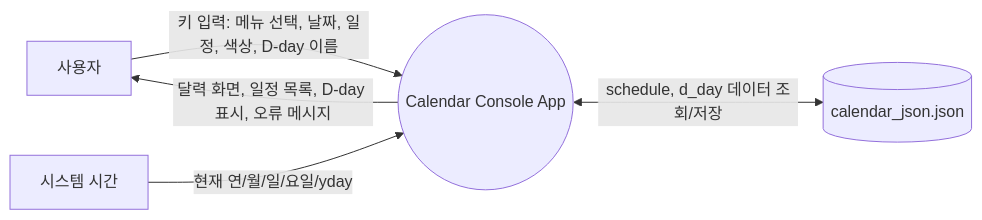
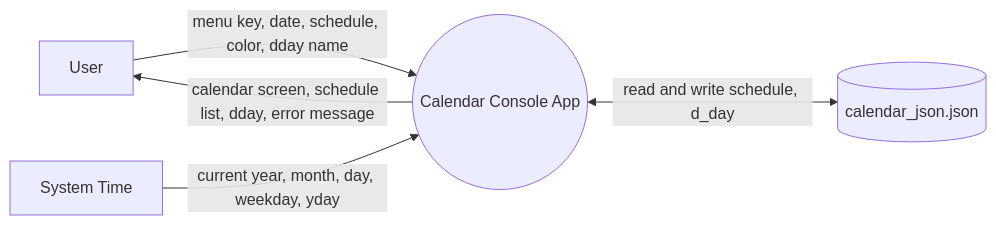
One commit to JY0102/Calendar changed the first of 5 diagrams in architecture/dfd.md. Above: the diagram before and after it, drawn with Mermaid. The commit also changed other lines of this file and 1 other file, not shown here.

````diff
--- a/architecture/dfd.md
+++ b/architecture/dfd.md
@@ -11,12 +7,12 @@
 ```mermaid
 flowchart LR
-    User[사용자]
-    Time[시스템 시간]
-    App((Calendar Console App))
-    Json[(calendar_json.json)]
+    User["User"]
+    Time["System Time"]
+    App(("Calendar Console App"))
+    Json[("calendar_json.json")]
 
-    User -->|키 입력: 메뉴 선택, 날짜, 일정, 색상, D-day 이름| App
-    Time -->|현재 연/월/일/요일/yday| App
-    App -->|달력 화면, 일정 목록, D-day 표시, 오류 메시지| User
-    App <-->|schedule, d_day 데이터 조회/저장| Json
+    User -->|"menu key, date, schedule, color, dday name"| App
+    Time -->|"current year, month, day, weekday, yday"| App
+    App -->|"calendar screen, schedule list, dday, error message"| User
+    App <-->|"read and write schedule, d_day"| Json
 ```
````
